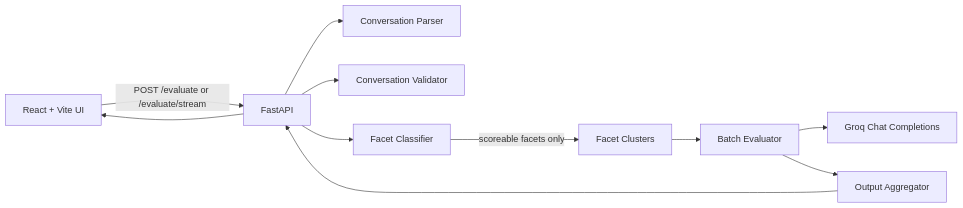
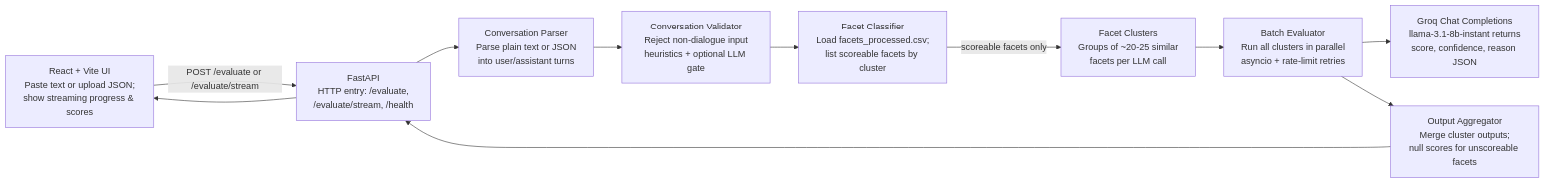
Before and after one commit to Peeyush237/300-Dimension-Dialogue-Evaluation-Framework: the second of 2 diagrams in README.md, drawn with Mermaid. The commit also changed other lines of this file, not shown here.

````diff
--- a/README.md
+++ b/README.md
@@ -13,13 +46,23 @@
 ```mermaid
 flowchart LR
-  UI[React + Vite UI] -->|POST /evaluate or /evaluate/stream| API[FastAPI]
-  API --> Parser[Conversation Parser]
-  API --> Validator[Conversation Validator]
-  API --> Classifier[Facet Classifier]
-  Classifier -->|scoreable facets only| Clusters[Facet Clusters]
-  Clusters --> Evaluator[Batch Evaluator]
-  Evaluator --> Groq[Groq Chat Completions]
-  Evaluator --> Aggregator[Output Aggregator]
+  UI["React + Vite UI<br/>Paste text or upload JSON;<br/>show streaming progress & scores"]
+  API["FastAPI<br/>HTTP entry: /evaluate,<br/>/evaluate/stream, /health"]
+  Parser["Conversation Parser<br/>Parse plain text or JSON<br/>into user/assistant turns"]
+  Validator["Conversation Validator<br/>Reject non-dialogue input<br/>heuristics + optional LLM gate"]
+  Classifier["Facet Classifier<br/>Load facets_processed.csv;<br/>list scoreable facets by cluster"]
+  Clusters["Facet Clusters<br/>Groups of ~20-25 similar<br/>facets per LLM call"]
+  Evaluator["Batch Evaluator<br/>Run all clusters in parallel<br/>asyncio + rate-limit retries"]
+  Groq["Groq Chat Completions<br/>llama-3.1-8b-instant returns<br/>score, confidence, reason JSON"]
+  Aggregator["Output Aggregator<br/>Merge cluster outputs;<br/>null scores for unscoreable facets"]
+
+  UI -->|POST /evaluate or /evaluate/stream| API
+  API --> Parser
+  Parser --> Validator
+  Validator --> Classifier
+  Classifier -->|scoreable facets only| Clusters
+  Clusters --> Evaluator
+  Evaluator --> Groq
+  Evaluator --> Aggregator
   Aggregator --> API
   API --> UI
 ```
````
